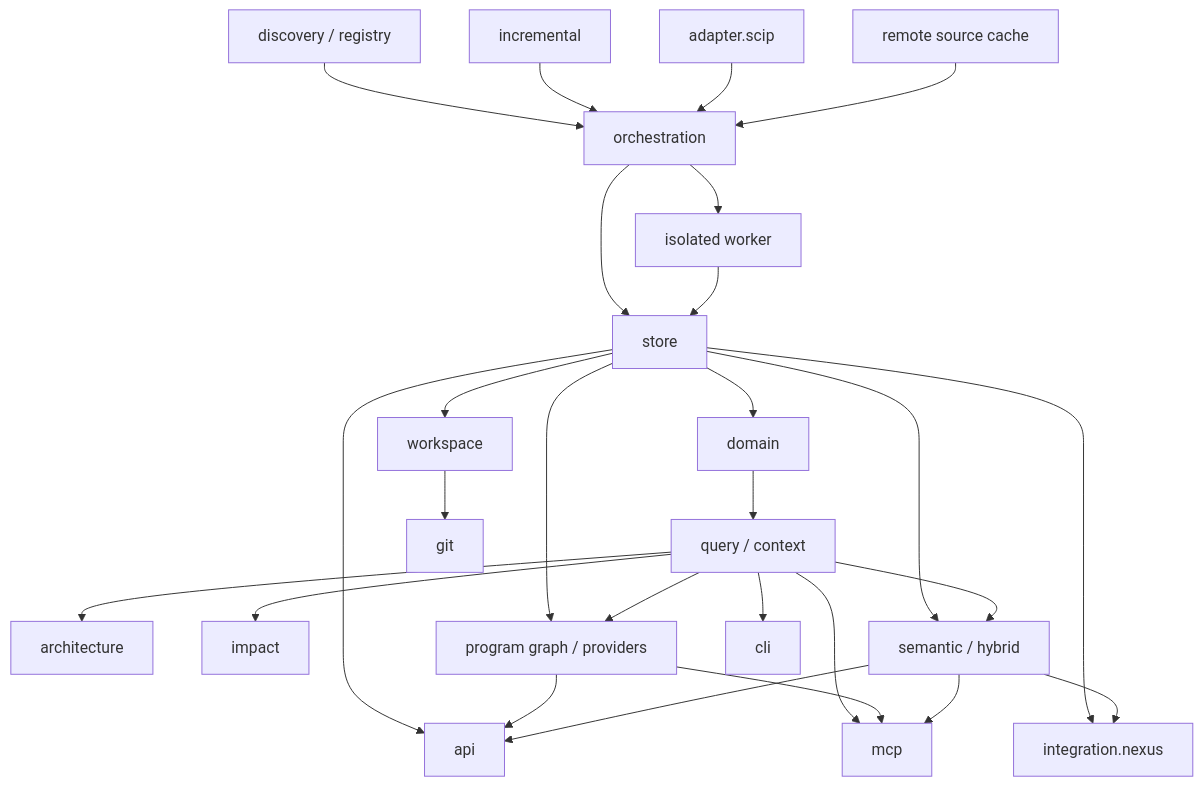
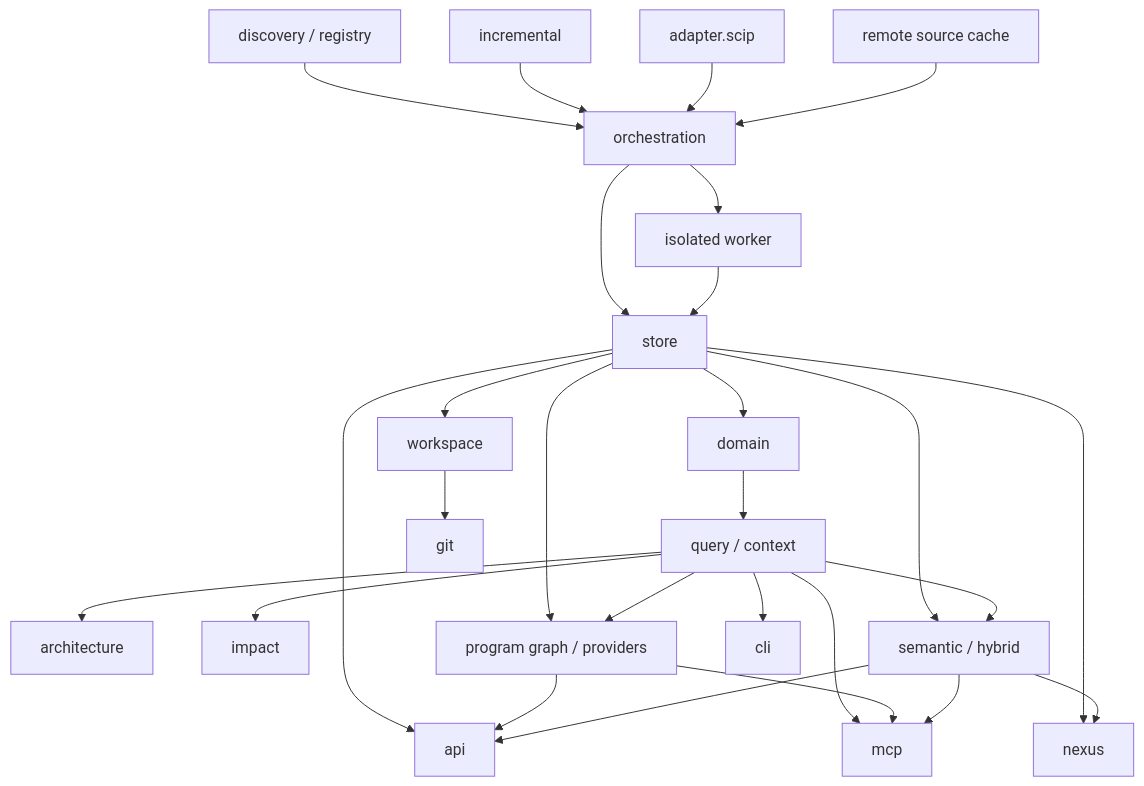
The diagram in docs/developer/README.md (FTurleque/minos-code-intelligence), drawn with Mermaid before and after one commit. The commit also changed other lines of this file and 15 other files, not shown here.

First line of the commit message:
refactor(archi): integration NEXUS dans com.minos.nexus (A3, groupe k)

````diff
--- a/docs/developer/README.md
+++ b/docs/developer/README.md
@@ -30,29 +30,29 @@
 ```mermaid
 flowchart TB
     DISC[discovery / registry] --> ORCH[orchestration]
     INC[incremental] --> ORCH
     SCIP[adapter.scip] --> ORCH
     ORCH --> STORE[store]
     STORE --> DOMAIN[domain]
     DOMAIN --> QUERY[query / context]
     QUERY --> ARCH[architecture]
     QUERY --> IMPACT[impact]
     STORE --> PROG[program graph / providers]
     QUERY --> PROG
     STORE --> SEM[semantic / hybrid]
     QUERY --> SEM
     STORE --> API[api]
     QUERY --> CLI[cli]
     QUERY --> MCP[mcp]
     PROG --> API
     PROG --> MCP
     SEM --> API
     SEM --> MCP
     STORE --> WORK[workspace]
     WORK --> GIT[git]
     REMOTE[remote source cache] --> ORCH
     ORCH --> WORKER[isolated worker]
     WORKER --> STORE
-    STORE --> NEXUS[integration.nexus]
+    STORE --> NEXUS[nexus]
     SEM --> NEXUS
 ```
````
